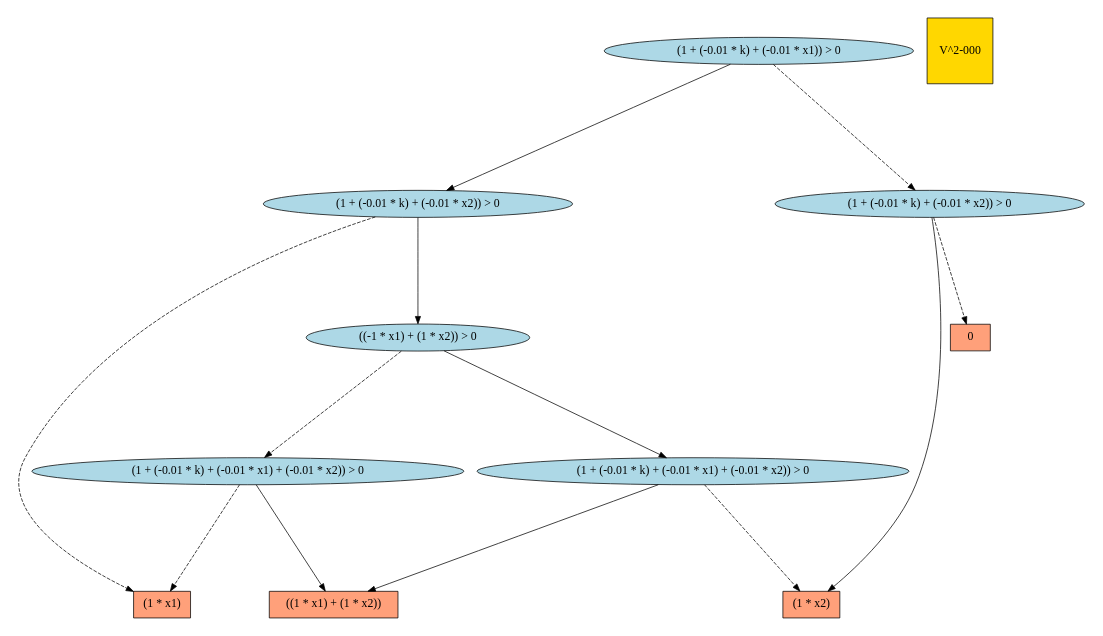
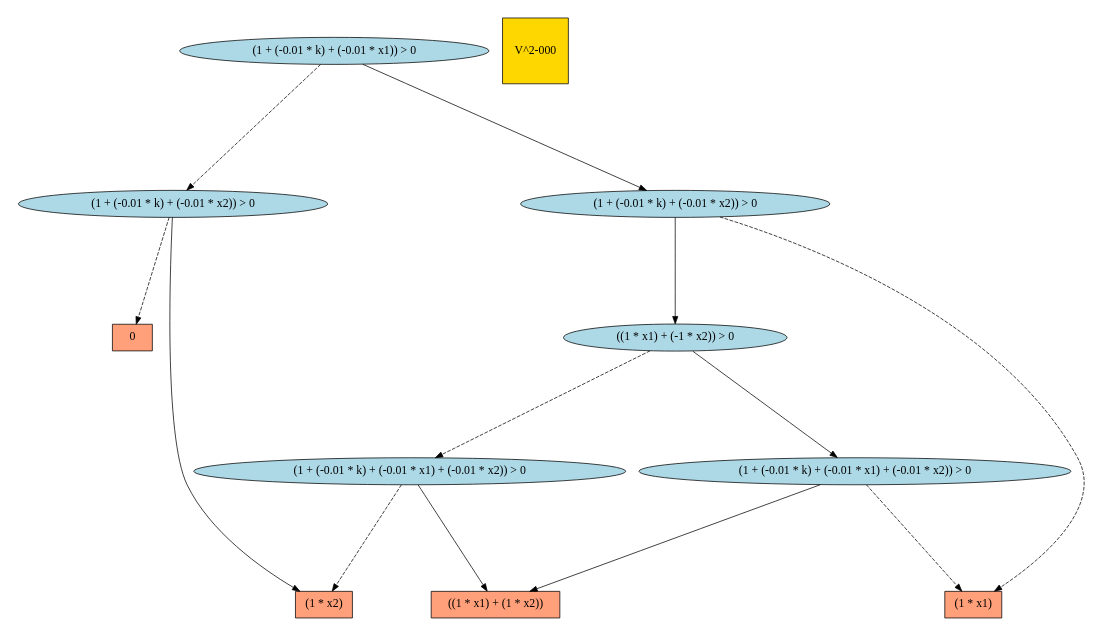
The diagram in src/camdp/ex/discact/results/knapsackM.cmdp.V_2-000.dot (tonyyezj/xadd-inference), drawn with Graphviz before and after one commit. The commit also changed 42 other files, not shown here.

```diff
--- a/src/camdp/ex/discact/results/knapsackM.cmdp.V_2-000.dot
+++ b/src/camdp/ex/discact/results/knapsackM.cmdp.V_2-000.dot
@@ -1,28 +1,28 @@
 digraph G { 
 graph [ fontname = "Helvetica",fontsize="16",ratio = "auto",
         size="7.5,10",ranksep="2.00" ];
 node [fontsize="16"];
-"264" [label="(1 + (-0.01 * k) + (-0.01 * x1) + (-0.01 * x2)) > 0",fillcolor=lightblue,color=black,shape=ellipse,style=filled];
+"338" [label="((1 * x1) + (-1 * x2)) > 0",fillcolor=lightblue,color=black,shape=ellipse,style=filled];
 "1" [label="0",fillcolor=lightsalmon,color=black,shape=box,style=filled];
-"287" [label="(1 + (-0.01 * k) + (-0.01 * x2)) > 0",fillcolor=lightblue,color=black,shape=ellipse,style=filled];
-"265" [label="((-1 * x1) + (1 * x2)) > 0",fillcolor=lightblue,color=black,shape=ellipse,style=filled];
-"288" [label="(1 + (-0.01 * k) + (-0.01 * x1)) > 0",fillcolor=lightblue,color=black,shape=ellipse,style=filled];
+"6" [label="(1 * x1)",fillcolor=lightsalmon,color=black,shape=box,style=filled];
+"19" [label="(1 + (-0.01 * k) + (-0.01 * x2)) > 0",fillcolor=lightblue,color=black,shape=ellipse,style=filled];
+"232" [label="((1 * x1) + (1 * x2))",fillcolor=lightsalmon,color=black,shape=box,style=filled];
+"233" [label="(1 + (-0.01 * k) + (-0.01 * x1) + (-0.01 * x2)) > 0",fillcolor=lightblue,color=black,shape=ellipse,style=filled];
+"16" [label="(1 * x2)",fillcolor=lightsalmon,color=black,shape=box,style=filled];
 "_temp_" [label="V^2-000",fillcolor=gold1,color=black,shape=square,style=filled];
-"15" [label="(1 * x2)",fillcolor=lightsalmon,color=black,shape=box,style=filled];
-"236" [label="((1 * x1) + (1 * x2))",fillcolor=lightsalmon,color=black,shape=box,style=filled];
-"6" [label="(1 * x1)",fillcolor=lightsalmon,color=black,shape=box,style=filled];
-"237" [label="(1 + (-0.01 * k) + (-0.01 * x1) + (-0.01 * x2)) > 0",fillcolor=lightblue,color=black,shape=ellipse,style=filled];
-"19" [label="(1 + (-0.01 * k) + (-0.01 * x2)) > 0",fillcolor=lightblue,color=black,shape=ellipse,style=filled];
-"264" -> "15" [color=black,style=dashed];
-"264" -> "236" [color=black,style=solid];
-"287" -> "265" [color=black,style=solid];
-"287" -> "6" [color=black,style=dashed];
-"265" -> "264" [color=black,style=solid];
-"265" -> "237" [color=black,style=dashed];
-"288" -> "287" [color=black,style=solid];
-"288" -> "19" [color=black,style=dashed];
-"237" -> "236" [color=black,style=solid];
-"237" -> "6" [color=black,style=dashed];
+"346" [label="(1 + (-0.01 * k) + (-0.01 * x2)) > 0",fillcolor=lightblue,color=black,shape=ellipse,style=filled];
+"321" [label="(1 + (-0.01 * k) + (-0.01 * x1) + (-0.01 * x2)) > 0",fillcolor=lightblue,color=black,shape=ellipse,style=filled];
+"347" [label="(1 + (-0.01 * k) + (-0.01 * x1)) > 0",fillcolor=lightblue,color=black,shape=ellipse,style=filled];
+"338" -> "233" [color=black,style=dashed];
+"338" -> "321" [color=black,style=solid];
 "19" -> "1" [color=black,style=dashed];
-"19" -> "15" [color=black,style=solid];
+"19" -> "16" [color=black,style=solid];
+"233" -> "232" [color=black,style=solid];
+"233" -> "16" [color=black,style=dashed];
+"346" -> "338" [color=black,style=solid];
+"346" -> "6" [color=black,style=dashed];
+"321" -> "6" [color=black,style=dashed];
+"321" -> "232" [color=black,style=solid];
+"347" -> "19" [color=black,style=dashed];
+"347" -> "346" [color=black,style=solid];
 }
```
